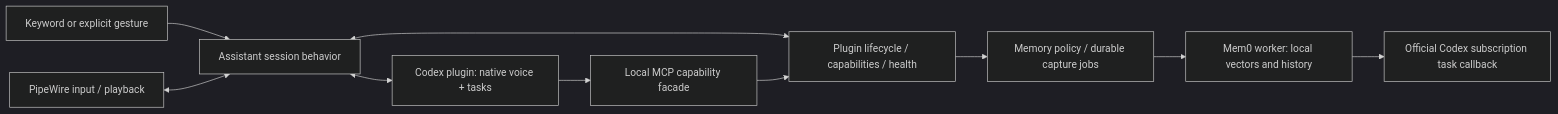
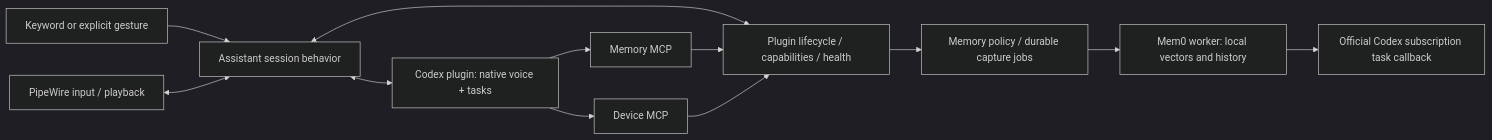
The diagram in ARCHITECTURE.md (macaulishchina/PersonalAgent), drawn with Mermaid (dark theme) before and after one commit. The commit also changed other lines of this file and 55 other files, not shown here.

````diff
--- a/ARCHITECTURE.md
+++ b/ARCHITECTURE.md
@@ -7,12 +7,14 @@
 ```mermaid
 flowchart LR
   Trigger[Keyword or explicit gesture] --> Assistant[Assistant session behavior]
   Audio[PipeWire input / playback] <--> Assistant
   Assistant <--> Brain[Codex plugin: native voice + tasks]
   Assistant <--> Kernel[Plugin lifecycle / capabilities / health]
-  Brain --> MCP[Local MCP capability facade]
-  MCP --> Kernel
+  Brain --> MemoryMCP[Memory MCP]
+  Brain --> DeviceMCP[Device MCP]
+  MemoryMCP --> Kernel
+  DeviceMCP --> Kernel
   Kernel --> Memory[Memory policy / durable capture jobs]
   Memory --> BM[Mem0 worker: local vectors and history]
   BM --> Curator[Official Codex subscription task callback]
 ```
````
